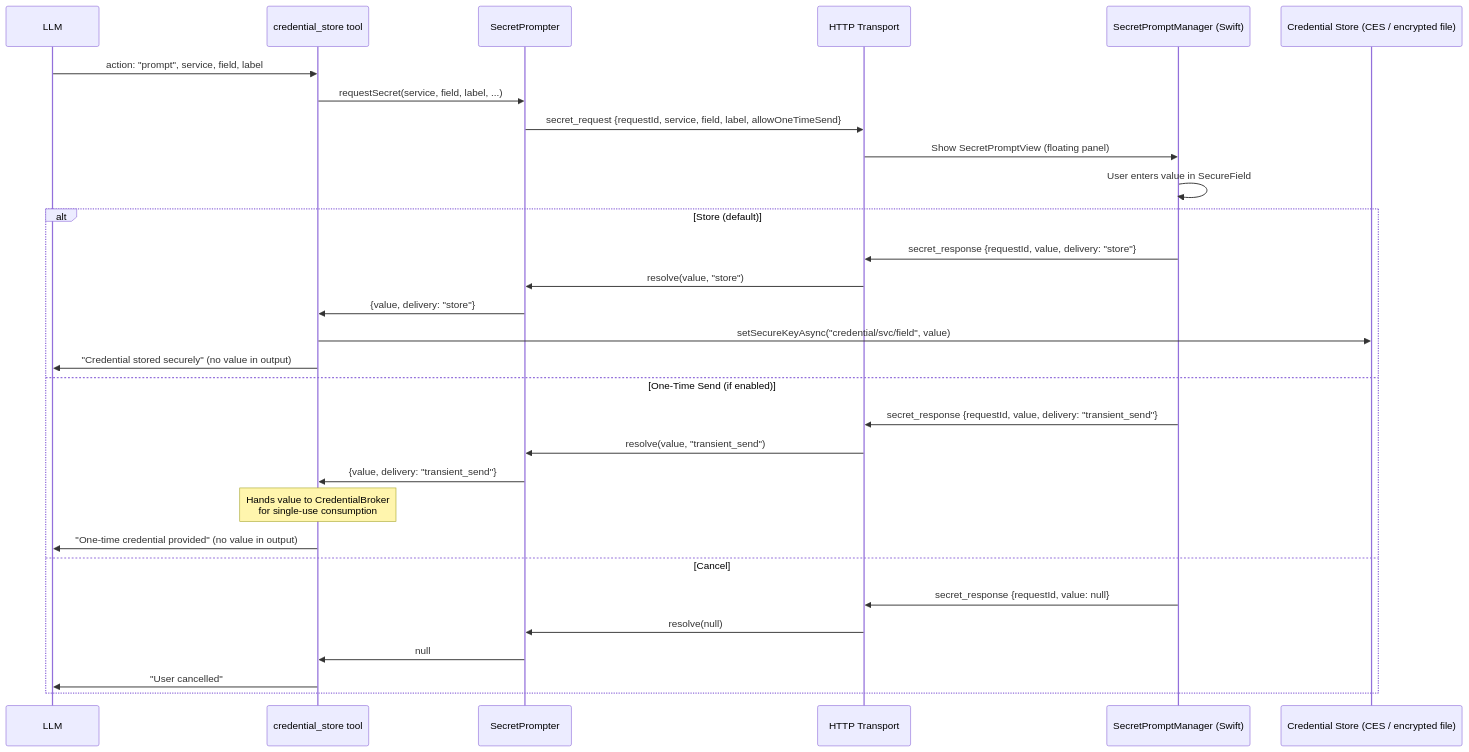
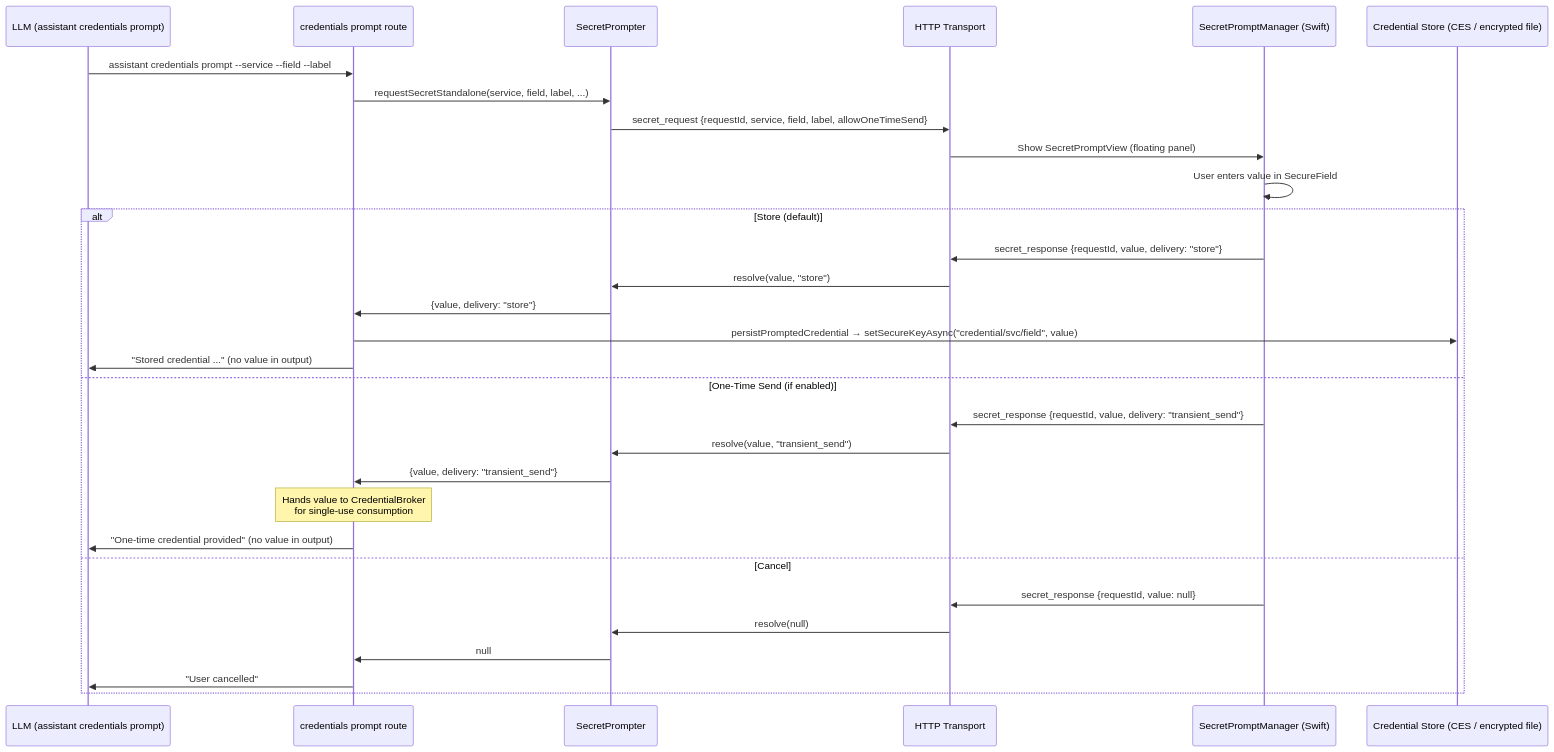
Before and after one commit to vellum-ai/vellum-assistant: the second of 4 diagrams in assistant/docs/architecture/security.md, drawn with Mermaid. The commit also changed other lines of this file and 29 other files, not shown here.

First line of the commit message:
refactor(credentials): remove the credential_store tool

````diff
--- a/assistant/docs/architecture/security.md
+++ b/assistant/docs/architecture/security.md
@@ -224,33 +224,33 @@
 ```mermaid
 sequenceDiagram
-    participant Model as LLM
-    participant Vault as credential_store tool
+    participant Model as LLM (assistant credentials prompt)
+    participant Route as credentials prompt route
     participant Prompter as SecretPrompter
     participant HTTP as HTTP Transport
     participant UI as SecretPromptManager (Swift)
     participant Store as Credential Store (CES / encrypted file)
 
-    Model->>Vault: action: "prompt", service, field, label
-    Vault->>Prompter: requestSecret(service, field, label, ...)
+    Model->>Route: assistant credentials prompt --service --field --label
+    Route->>Prompter: requestSecretStandalone(service, field, label, ...)
     Prompter->>HTTP: secret_request {requestId, service, field, label, allowOneTimeSend}
     HTTP->>UI: Show SecretPromptView (floating panel)
     UI->>UI: User enters value in SecureField
     alt Store (default)
         UI->>HTTP: secret_response {requestId, value, delivery: "store"}
         HTTP->>Prompter: resolve(value, "store")
-        Prompter->>Vault: {value, delivery: "store"}
-        Vault->>Store: setSecureKeyAsync("credential/svc/field", value)
-        Vault->>Model: "Credential stored securely" (no value in output)
+        Prompter->>Route: {value, delivery: "store"}
+        Route->>Store: persistPromptedCredential → setSecureKeyAsync("credential/svc/field", value)
+        Route->>Model: "Stored credential ..." (no value in output)
     else One-Time Send (if enabled)
         UI->>HTTP: secret_response {requestId, value, delivery: "transient_send"}
         HTTP->>Prompter: resolve(value, "transient_send")
-        Prompter->>Vault: {value, delivery: "transient_send"}
-        Note over Vault: Hands value to CredentialBroker<br/>for single-use consumption
-        Vault->>Model: "One-time credential provided" (no value in output)
+        Prompter->>Route: {value, delivery: "transient_send"}
+        Note over Route: Hands value to CredentialBroker<br/>for single-use consumption
+        Route->>Model: "One-time credential provided" (no value in output)
     else Cancel
         UI->>HTTP: secret_response {requestId, value: null}
         HTTP->>Prompter: resolve(null)
-        Prompter->>Vault: null
-        Vault->>Model: "User cancelled"
+        Prompter->>Route: null
+        Route->>Model: "User cancelled"
     end
 ```
````
